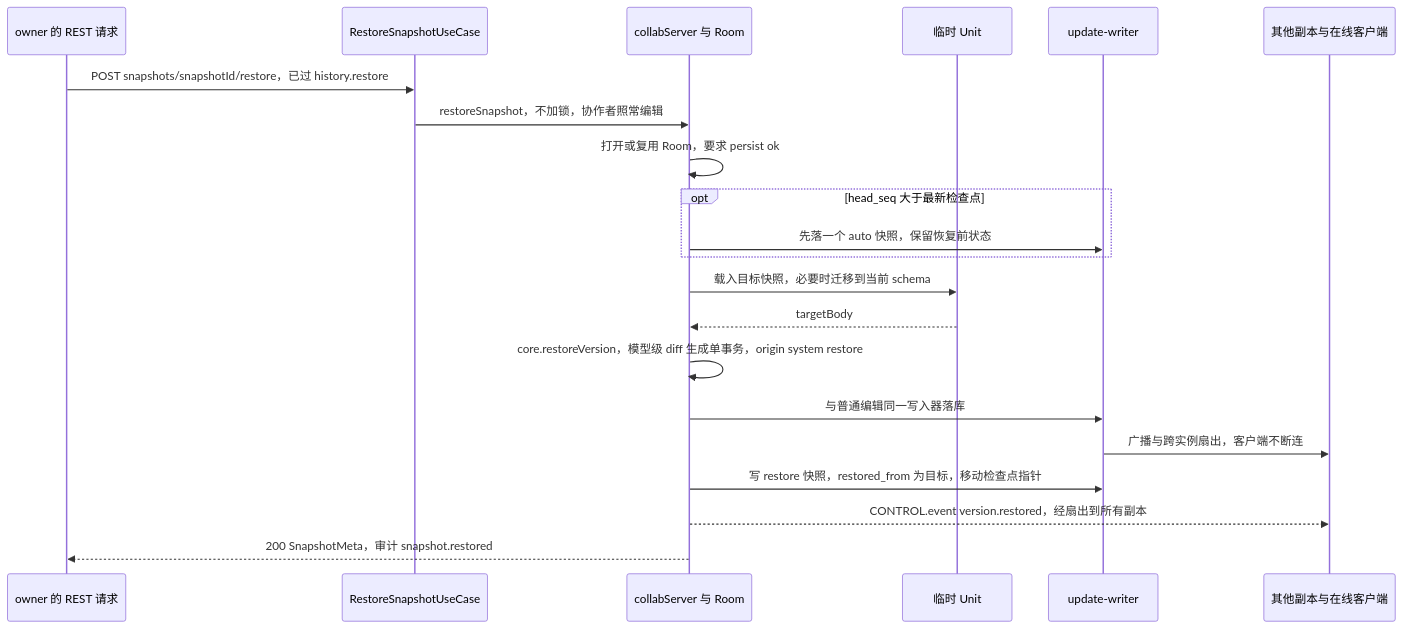
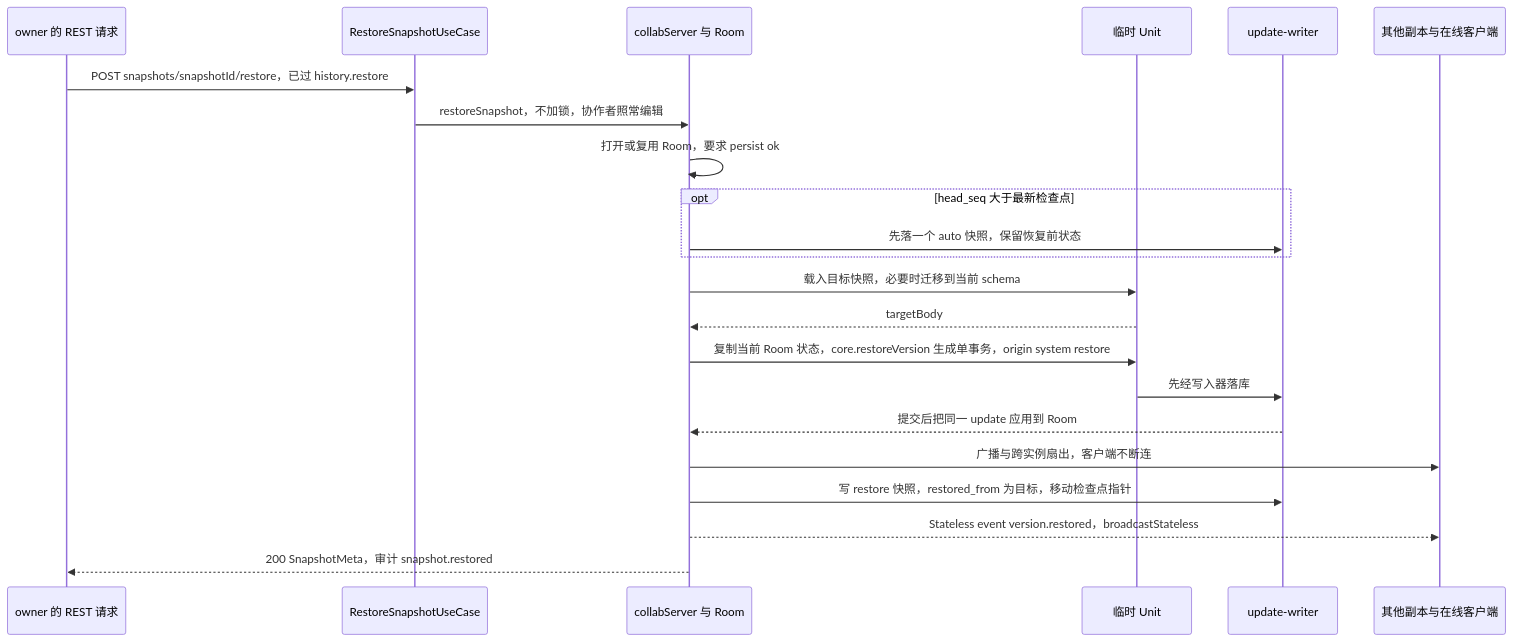
One commit to Xeonice/cordis-ppt-editor changed the ninth of 9 diagrams in docs/60-backend/05-modules-collab-and-snapshots.md. Above: the diagram before and after it, drawn with Mermaid. The commit also changed other lines of this file and 19 other files, not shown here.

````diff
--- a/docs/60-backend/05-modules-collab-and-snapshots.md
+++ b/docs/60-backend/05-modules-collab-and-snapshots.md
@@ -584,23 +636,24 @@
 ```mermaid
 sequenceDiagram
   participant U as owner 的 REST 请求
   participant R as RestoreSnapshotUseCase
   participant X as collabServer 与 Room
   participant T as 临时 Unit
   participant W as update-writer
   participant F as 其他副本与在线客户端
   U->>R: POST snapshots/snapshotId/restore，已过 history.restore
   R->>X: restoreSnapshot，不加锁，协作者照常编辑
   X->>X: 打开或复用 Room，要求 persist ok
   opt head_seq 大于最新检查点
     X->>W: 先落一个 auto 快照，保留恢复前状态
   end
   X->>T: 载入目标快照，必要时迁移到当前 schema
   T-->>X: targetBody
-  X->>X: core.restoreVersion，模型级 diff 生成单事务，origin system restore
-  X->>W: 与普通编辑同一写入器落库
-  W->>F: 广播与跨实例扇出，客户端不断连
+  X->>T: 复制当前 Room 状态，core.restoreVersion 生成单事务，origin system restore
+  T->>W: 先经写入器落库
+  W-->>X: 提交后把同一 update 应用到 Room
+  X->>F: 广播与跨实例扇出，客户端不断连
   X->>W: 写 restore 快照，restored_from 为目标，移动检查点指针
-  X-->>F: CONTROL.event version.restored，经扇出到所有副本
+  X-->>F: Stateless event version.restored，broadcastStateless
   X-->>U: 200 SnapshotMeta，审计 snapshot.restored
 ```
````
